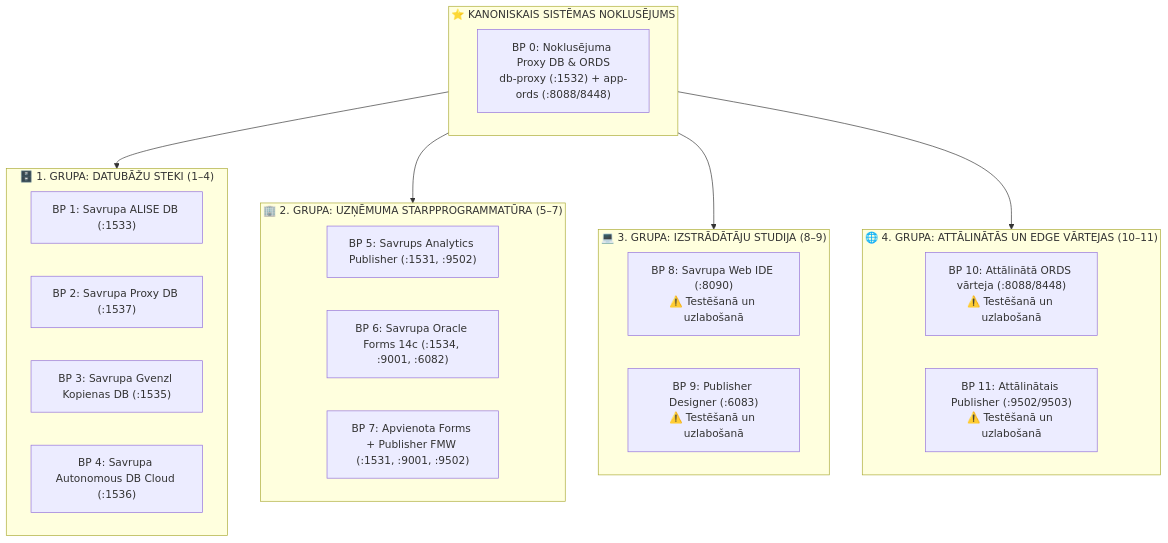
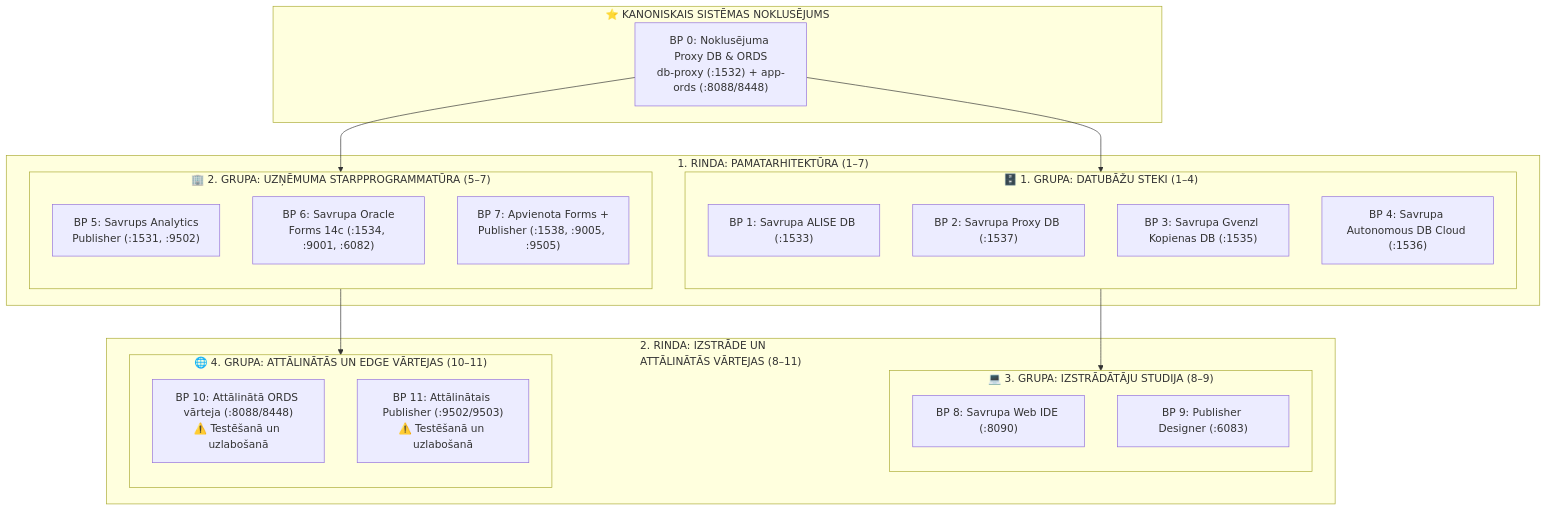
Before and after one commit to alahe/oracle-devops-platform: the diagram in config/blueprints/README.lv.md, drawn with Mermaid. The commit also changed other lines of this file and 412 other files, not shown here.

````diff
--- a/config/blueprints/README.lv.md
+++ b/config/blueprints/README.lv.md
@@ -7,34 +7,42 @@
 ```mermaid
 flowchart TD
     subgraph Default ["⭐ KANONISKAIS SISTĒMAS NOKLUSĒJUMS"]
         BP0["BP 0: Noklusējuma Proxy DB & ORDS<br/>db-proxy (:1532) + app-ords (:8088/8448)"]
     end
 
-    subgraph DatabaseStacks ["🗄️ 1. GRUPA: DATUBĀŽU STEKI (1–4)"]
-        BP1["BP 1: Savrupa ALISE DB (:1533)"]
-        BP2["BP 2: Savrupa Proxy DB (:1537)"]
-        BP3["BP 3: Savrupa Gvenzl Kopienas DB (:1535)"]
-        BP4["BP 4: Savrupa Autonomous DB Cloud (:1536)"]
+    subgraph Tier1 ["1. RINDA: PAMATARHITEKTŪRA (1–7)"]
+        subgraph DatabaseStacks ["🗄️ 1. GRUPA: DATUBĀŽU STEKI (1–4)"]
+            direction TB
+            BP1["BP 1: Savrupa ALISE DB (:1533)"]
+            BP2["BP 2: Savrupa Proxy DB (:1537)"]
+            BP3["BP 3: Savrupa Gvenzl Kopienas DB (:1535)"]
+            BP4["BP 4: Savrupa Autonomous DB Cloud (:1536)"]
+        end
+
+        subgraph Middleware ["🏢 2. GRUPA: UZŅĒMUMA STARPPROGRAMMATŪRA (5–7)"]
+            direction TB
+            BP5["BP 5: Savrups Analytics<br/>Publisher (:1531, :9502)"]
+            BP6["BP 6: Savrupa Oracle<br/>Forms 14c (:1534, :9001, :6082)"]
+            BP7["BP 7: Apvienota Forms +<br/>Publisher (:1538, :9005, :9505)"]
+        end
     end
 
-    subgraph Middleware ["🏢 2. GRUPA: UZŅĒMUMA STARPPROGRAMMATŪRA (5–7)"]
-        BP5["BP 5: Savrups Analytics Publisher (:1531, :9502)"]
-        BP6["BP 6: Savrupa Oracle Forms 14c (:1534, :9001, :6082)"]
-        BP7["BP 7: Apvienota Forms + Publisher FMW (:1531, :9001, :9502)"]
+    subgraph Tier2 ["2. RINDA: IZSTRĀDE UN<br/>ATTĀLINĀTĀS VĀRTEJAS (8–11)"]
+        subgraph DeveloperStudio ["💻 3. GRUPA: IZSTRĀDĀTĀJU STUDIJA (8–9)"]
+            direction TB
+            BP8["BP 8: Savrupa Web IDE (:8090)"]
+            BP9["BP 9: Publisher Designer (:6083)"]
+        end
+
+        subgraph RemoteGateways ["🌐 4. GRUPA: ATTĀLINĀTĀS UN EDGE VĀRTEJAS (10–11)"]
+            direction TB
+            BP10["BP 10: Attālinātā ORDS vārteja (:8088/8448)<br/>⚠️ Testēšanā un uzlabošanā"]
+            BP11["BP 11: Attālinātais Publisher (:9502/9503)<br/>⚠️ Testēšanā un uzlabošanā"]
+        end
     end
 
-    subgraph DeveloperStudio ["💻 3. GRUPA: IZSTRĀDĀTĀJU STUDIJA (8–9)"]
-        BP8["BP 8: Savrupa Web IDE (:8090)<br/>⚠️ Testēšanā un uzlabošanā"]
-        BP9["BP 9: Publisher Designer (:6083)<br/>⚠️ Testēšanā un uzlabošanā"]
-    end
-
-    subgraph RemoteGateways ["🌐 4. GRUPA: ATTĀLINĀTĀS UN EDGE VĀRTEJAS (10–11)"]
-        BP10["BP 10: Attālinātā ORDS vārteja (:8088/8448)<br/>⚠️ Testēšanā un uzlabošanā"]
-        BP11["BP 11: Attālinātais Publisher (:9502/9503)<br/>⚠️ Testēšanā un uzlabošanā"]
-    end
-
-    Default --> DatabaseStacks
-    Default --> Middleware
-    Default --> DeveloperStudio
-    Default --> RemoteGateways
+    BP0 --> BP1
+    BP0 --> BP5
+    BP1 --> BP8
+    BP5 --> BP10
 ```
````
